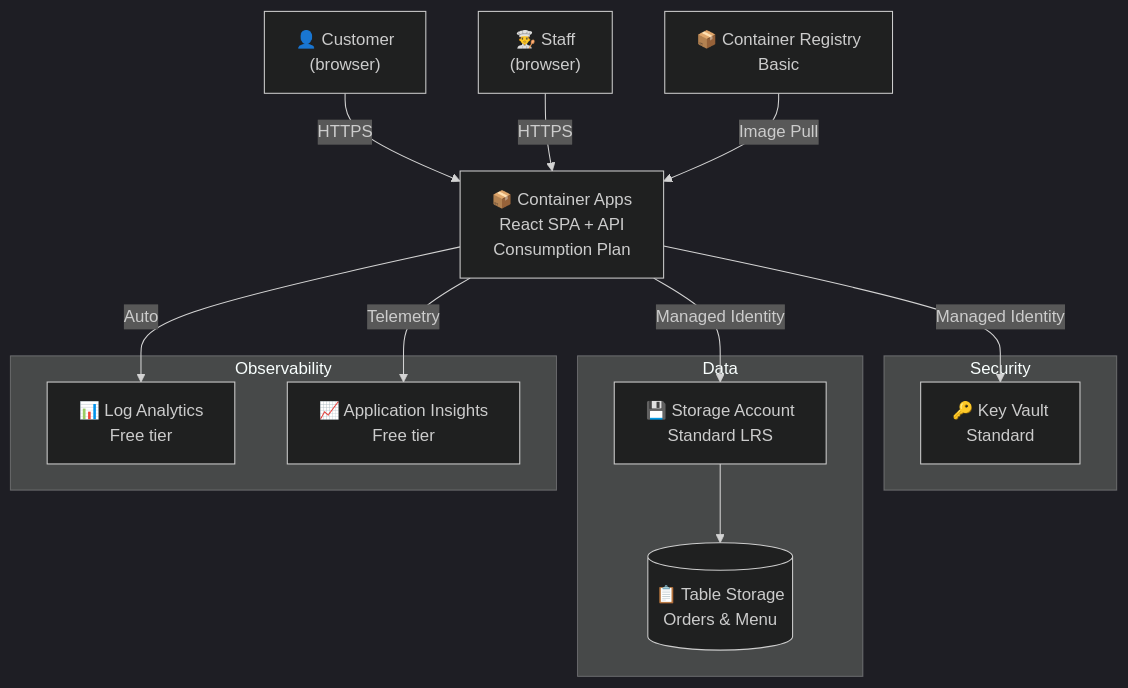
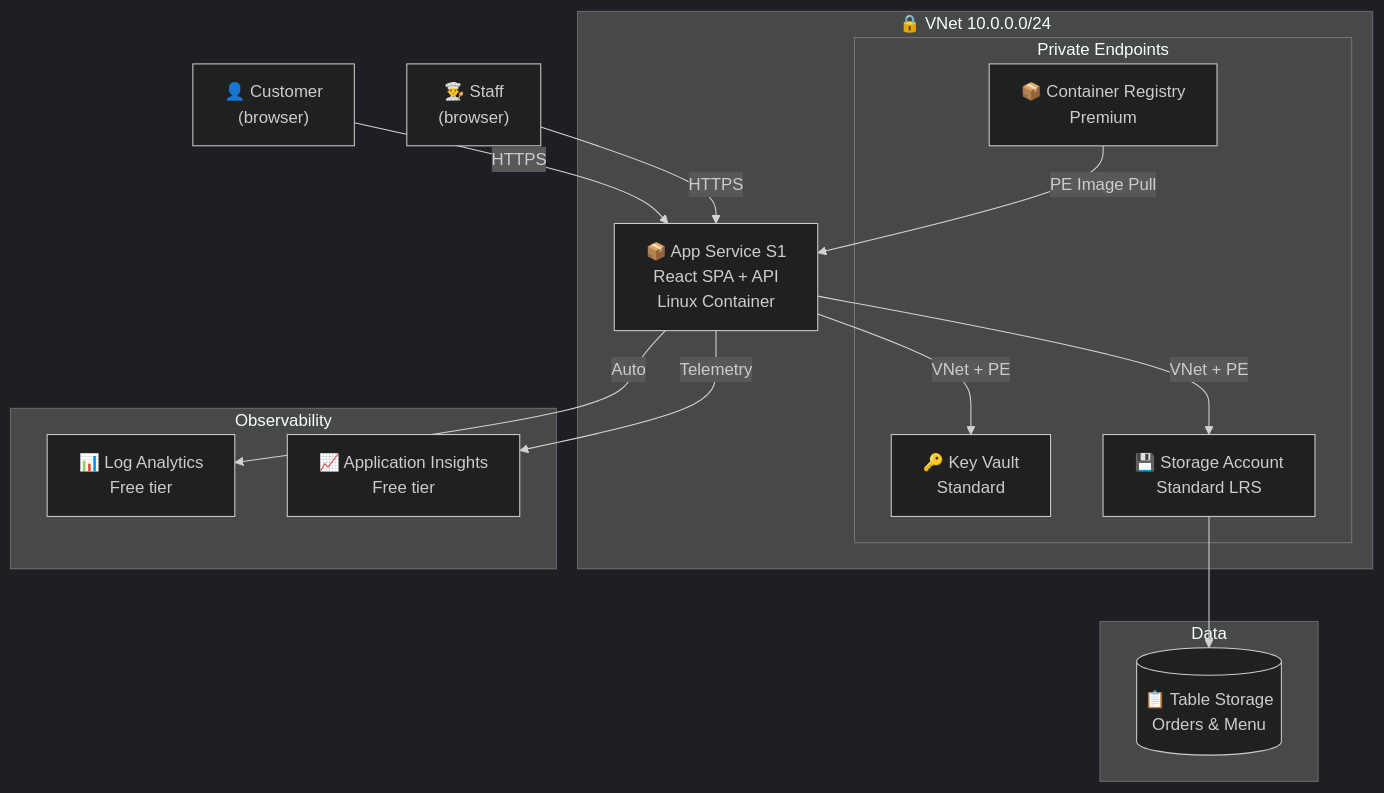
The diagram in agent-output/malta-catering/02-architecture-assessment.md (jonathan-vella/bmit-2026), drawn with Mermaid (dark theme) before and after one commit. The commit also changed other lines of this file and 80 other files, not shown here.

Commit message:
feat: migrate malta-catering to app service and publish as-built artifacts

````diff
--- a/agent-output/malta-catering/02-architecture-assessment.md
+++ b/agent-output/malta-catering/02-architecture-assessment.md
@@ -57,25 +59,29 @@
 ```mermaid
 flowchart TB
-    Customer["👤 Customer<br/>(browser)"] -->|HTTPS| CA["📦 Container Apps<br/>React SPA + API<br/>Consumption Plan"]
-    Staff["👨‍🍳 Staff<br/>(browser)"] -->|HTTPS| CA
-    CA -->|Managed Identity| KV["🔑 Key Vault<br/>Standard"]
-    CA -->|Managed Identity| ST["💾 Storage Account<br/>Standard LRS"]
+    Customer["👤 Customer<br/>(browser)"] -->|HTTPS| APP["📦 App Service S1<br/>React SPA + API<br/>Linux Container"]
+    Staff["👨‍🍳 Staff<br/>(browser)"] -->|HTTPS| APP
+    APP -->|VNet + PE| KV["🔑 Key Vault<br/>Standard"]
+    APP -->|VNet + PE| ST["💾 Storage Account<br/>Standard LRS"]
     ST --> TBL[("📋 Table Storage<br/>Orders & Menu")]
-    ACR["📦 Container Registry<br/>Basic"] -->|Image Pull| CA
-    CA -->|Auto| LA["📊 Log Analytics<br/>Free tier"]
-    CA -->|Telemetry| AI["📈 Application Insights<br/>Free tier"]
+    ACR["📦 Container Registry<br/>Premium"] -->|PE Image Pull| APP
+    APP -->|Auto| LA["📊 Log Analytics<br/>Free tier"]
+    APP -->|Telemetry| AI["📈 Application Insights<br/>Free tier"]
 
-    subgraph Security
-        KV
+    subgraph VNet["🔒 VNet 10.0.0.0/24"]
+        APP
+        subgraph PE-Subnet["Private Endpoints"]
+            KV
+            ST
+            ACR
+        end
     end
 
     subgraph Data
-        ST
         TBL
     end
 
     subgraph Observability
         LA
         AI
     end
 ```
````
